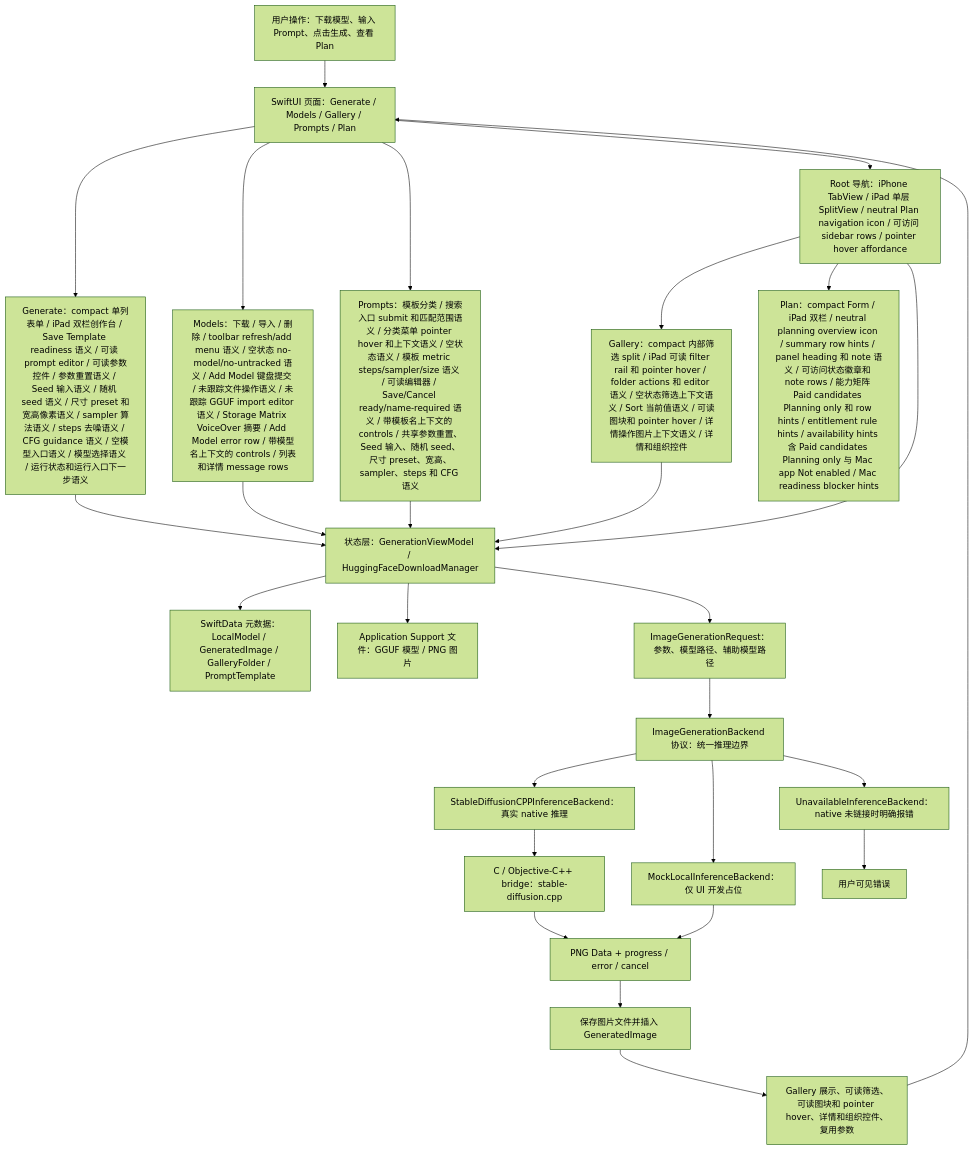
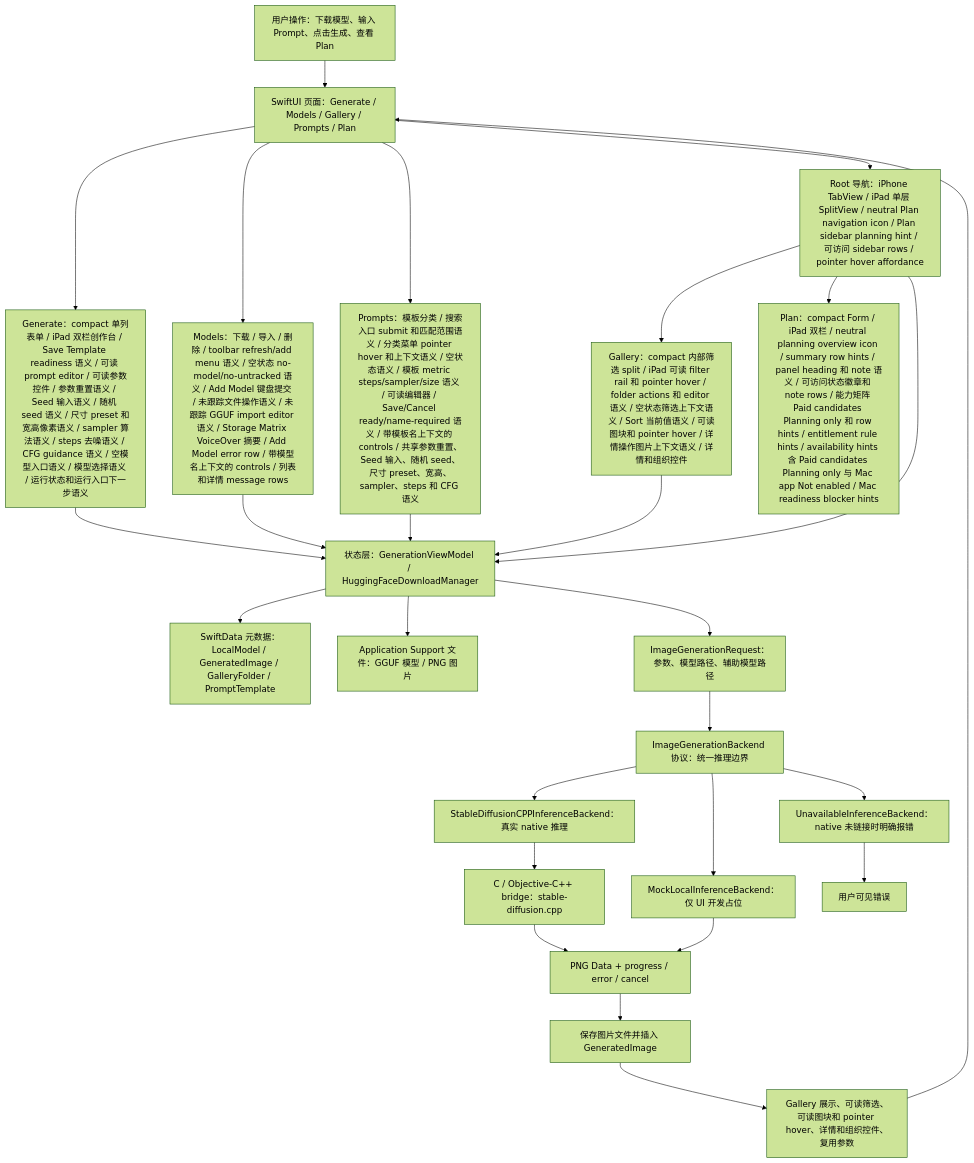
Before and after one commit to Altman-sam114/118: the first of 7 diagrams in md/flow/flowchart.md, drawn with Mermaid (forest theme). The commit also changed 5 other files, not shown here.

First line of the commit message:
v1.71: Plan sidebar hint semantics

````diff
--- a/md/flow/flowchart.md
+++ b/md/flow/flowchart.md
@@ -9,29 +9,29 @@
 ```mermaid
 flowchart TD
   U["用户操作：下载模型、输入 Prompt、点击生成、查看 Plan"] --> UI["SwiftUI 页面：Generate / Models / Gallery / Prompts / Plan"]
   UI --> GENUI["Generate：compact 单列表单 / iPad 双栏创作台 / Save Template readiness 语义 / 可读 prompt editor / 可读参数控件 / 参数重置语义 / Seed 输入语义 / 随机 seed 语义 / 尺寸 preset 和宽高像素语义 / sampler 算法语义 / steps 去噪语义 / CFG guidance 语义 / 空模型入口语义 / 模型选择语义 / 运行状态和运行入口下一步语义"]
   UI --> MODELUI["Models：下载 / 导入 / 删除 / toolbar refresh/add menu 语义 / 空状态 no-model/no-untracked 语义 / Add Model 键盘提交 / 未跟踪文件操作语义 / 未跟踪 GGUF import editor 语义 / Storage Matrix VoiceOver 摘要 / Add Model error row / 带模型名上下文的 controls / 列表和详情 message rows"]
   UI --> PROMPTUI["Prompts：模板分类 / 搜索入口 submit 和匹配范围语义 / 分类菜单 pointer hover 和上下文语义 / 空状态语义 / 模板 metric steps/sampler/size 语义 / 可读编辑器 / Save/Cancel ready/name-required 语义 / 带模板名上下文的 controls / 共享参数重置、Seed 输入、随机 seed、尺寸 preset、宽高、sampler、steps 和 CFG 语义"]
-  UI --> NAV["Root 导航：iPhone TabView / iPad 单层 SplitView / neutral Plan navigation icon / 可访问 sidebar rows / pointer hover affordance"]
+  UI --> NAV["Root 导航：iPhone TabView / iPad 单层 SplitView / neutral Plan navigation icon / Plan sidebar planning hint / 可访问 sidebar rows / pointer hover affordance"]
   NAV --> GALUI["Gallery：compact 内部筛选 split / iPad 可读 filter rail 和 pointer hover / folder actions 和 editor 语义 / 空状态筛选上下文语义 / Sort 当前值语义 / 可读图块和 pointer hover / 详情操作图片上下文语义 / 详情和组织控件"]
   NAV --> PLANUI["Plan：compact Form / iPad 双栏 / neutral planning overview icon / summary row hints / panel heading 和 note 语义 / 可访问状态徽章和 note rows / 能力矩阵 Paid candidates Planning only 和 row hints / entitlement rule hints / availability hints 含 Paid candidates Planning only 与 Mac app Not enabled / Mac readiness blocker hints"]
   NAV --> VM["状态层：GenerationViewModel / HuggingFaceDownloadManager"]
   GENUI --> VM
   MODELUI --> VM
   PROMPTUI --> VM
   GALUI --> VM
   VM --> SD["SwiftData 元数据：LocalModel / GeneratedImage / GalleryFolder / PromptTemplate"]
   VM --> FS["Application Support 文件：GGUF 模型 / PNG 图片"]
   VM --> REQ["ImageGenerationRequest：参数、模型路径、辅助模型路径"]
   REQ --> IFACE["ImageGenerationBackend 协议：统一推理边界"]
   IFACE --> NATIVE["StableDiffusionCPPInferenceBackend：真实 native 推理"]
   IFACE --> MOCK["MockLocalInferenceBackend：仅 UI 开发占位"]
   IFACE --> OFF["UnavailableInferenceBackend：native 未链接时明确报错"]
   NATIVE --> BRIDGE["C / Objective-C++ bridge：stable-diffusion.cpp"]
   BRIDGE --> PNG["PNG Data + progress / error / cancel"]
   MOCK --> PNG
   OFF --> ERR["用户可见错误"]
   PNG --> SAVE["保存图片文件并插入 GeneratedImage"]
   SAVE --> GALLERY["Gallery 展示、可读筛选、可读图块和 pointer hover、详情和组织控件、复用参数"]
   GALLERY --> UI
 ```
````
